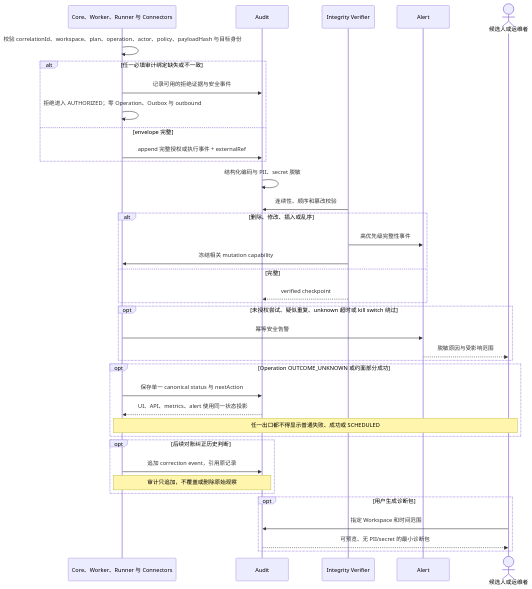
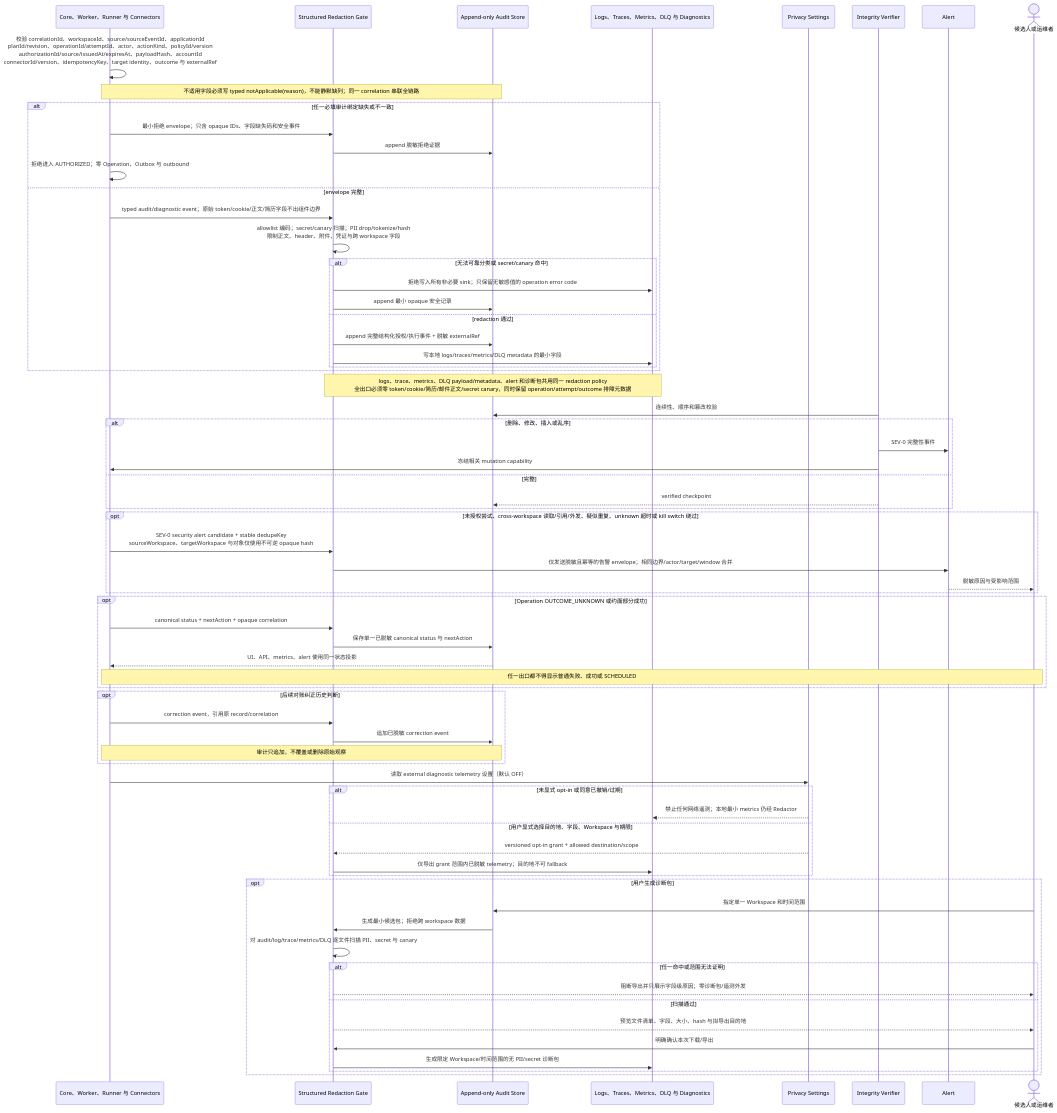
One commit to AnnCYW-cm/rolefox changed diagram 22 of 24 in docs/product/uml/05-sequence-flows.md. Above: the diagram before and after it, drawn with Mermaid. The commit also changed other lines of this file and 22 other files, not shown here.

Commit message:
docs: accept v0.1 product and UML baseline

````diff
--- a/docs/product/uml/05-sequence-flows.md
+++ b/docs/product/uml/05-sequence-flows.md
@@ -1249,50 +2028,84 @@
 ```mermaid
 sequenceDiagram
     participant Components as Core、Worker、Runner 与 Connectors
-    participant Audit
+    participant Redactor as Structured Redaction Gate
+    participant Audit as Append-only Audit Store
+    participant Telemetry as Logs、Traces、Metrics、DLQ 与 Diagnostics
+    participant Consent as Privacy Settings
     participant Integrity as Integrity Verifier
     participant Alert
     actor User as 候选人或运维者
 
     %% @anchor AUDIT_COMPLETENESS_GATE
-    Components->>Components: 校验 correlationId、workspace、plan、operation、actor、policy、payloadHash 与目标身份
+    %% @anchor AUDIT_EXECUTION_ENVELOPE
+    Components->>Components: 校验 correlationId、workspaceId、source/sourceEventId、applicationId<br/>planId/revision、operationId/attemptId、actor、actionKind、policyId/version<br/>authorizationId/source/issuedAt/expiresAt、payloadHash、accountId<br/>connectorId/version、idempotencyKey、target identity、outcome 与 externalRef
+    Note over Components,Audit: 不适用字段必须写 typed notApplicable(reason)，不能静默缺列；同一 correlation 串联全链路
     alt 任一必填审计绑定缺失或不一致
-        Components->>Audit: 记录可用的拒绝证据与安全事件
+        Components->>Redactor: 最小拒绝 envelope；只含 opaque IDs、字段缺失码和安全事件
+        Redactor->>Audit: append 脱敏拒绝证据
         Components->>Components: 拒绝进入 AUTHORIZED；零 Operation、Outbox 与 outbound
     else envelope 完整
         %% @anchor AUDIT_INTEGRITY
         %% @anchor AUDIT_CORRELATION
-        Components->>Audit: append 完整授权或执行事件 + externalRef
+        Components->>Redactor: typed audit/diagnostic event；原始 token/cookie/正文/简历字段不出组件边界
+        %% @anchor OBSERVABILITY_REDACTION
+        Redactor->>Redactor: allowlist 编码；secret/canary 扫描；PII drop/tokenize/hash<br/>限制正文、header、附件、凭证与跨 workspace 字段
+        alt 无法可靠分类或 secret/canary 命中
+            Redactor->>Telemetry: 拒绝写入所有非必要 sink；只保留无敏感值的 operation error code
+            Redactor->>Audit: append 最小 opaque 安全记录
+        else redaction 通过
+            Redactor->>Audit: append 完整结构化授权/执行事件 + 脱敏 externalRef
+            Redactor->>Telemetry: 写本地 logs/traces/metrics/DLQ metadata 的最小字段
+        end
     end
-    %% @anchor OBSERVABILITY_REDACTION
-    Audit->>Audit: 结构化编码与 PII、secret 脱敏
+    Note over Redactor,Telemetry: logs、trace、metrics、DLQ payload/metadata、alert 和诊断包共用同一 redaction policy<br/>全出口必须零 token/cookie/简历/邮件正文/secret canary，同时保留 operation/attempt/outcome 排障元数据
     %% @anchor AUDIT_TAMPER_FREEZE
     Integrity->>Audit: 连续性、顺序和篡改校验
     alt 删除、修改、插入或乱序
-        Integrity->>Alert: 高优先级完整性事件
+        Integrity->>Alert: SEV-0 完整性事件
         Integrity->>Components: 冻结相关 mutation capability
     else 完整
         Integrity-->>Audit: verified checkpoint
     end
-    opt 未授权尝试、疑似重复、unknown 超时或 kill switch 绕过
+    opt 未授权尝试、cross-workspace 读取/引用/外发、疑似重复、unknown 超时或 kill switch 绕过
         %% @anchor SECURITY_ALERT_DEDUP
-        Components->>Alert: 幂等安全告警
+        Components->>Redactor: SEV-0 security alert candidate + stable dedupeKey<br/>sourceWorkspace、targetWorkspace 与对象仅使用不可逆 opaque hash
+        Redactor->>Alert: 仅发送脱敏且幂等的告警 envelope；相同边界/actor/target/window 合并
         Alert-->>User: 脱敏原因与受影响范围
     end
     opt Operation OUTCOME_UNKNOWN 或约面部分成功
         %% @anchor UNKNOWN_STATUS_PROJECTION
-        Components->>Audit: 保存单一 canonical status 与 nextAction
+        Components->>Redactor: canonical status + nextAction + opaque correlation
+        Redactor->>Audit: 保存单一已脱敏 canonical status 与 nextAction
         Audit-->>Components: UI、API、metrics、alert 使用同一状态投影
         Note over Components,User: 任一出口都不得显示普通失败、成功或 SCHEDULED
     end
     opt 后续对账纠正历史判断
         %% @anchor AUDIT_APPEND_CORRECTION
-        Components->>Audit: 追加 correction event，引用原记录
+        Components->>Redactor: correction event，引用原 record/correlation
+        Redactor->>Audit: 追加已脱敏 correction event
         Note over Components,Audit: 审计只追加，不覆盖或删除原始观察
+    end
+
+    %% @anchor TELEMETRY_EXPLICIT_OPT_IN
+    Components->>Consent: 读取 external diagnostic telemetry 设置（默认 OFF）
+    alt 未显式 opt-in 或同意已撤销/过期
+        Consent-->>Telemetry: 禁止任何网络遥测；本地最小 metrics 仍经 Redactor
+    else 用户显式选择目的地、字段、Workspace 与期限
+        Consent-->>Redactor: versioned opt-in grant + allowed destination/scope
+        Redactor->>Telemetry: 仅导出 grant 范围内已脱敏 telemetry；目的地不可 fallback
     end
     opt 用户生成诊断包
         %% @anchor DIAGNOSTIC_EXPORT_CONSENT
-        User->>Audit: 指定 Workspace 和时间范围
-        Audit-->>User: 可预览、无 PII/secret 的最小诊断包
+        User->>Audit: 指定单一 Workspace 和时间范围
+        Audit->>Redactor: 生成最小候选包；拒绝跨 workspace 数据
+        Redactor->>Redactor: 对 audit/log/trace/metrics/DLQ 逐文件扫描 PII、secret 与 canary
+        alt 任一命中或范围无法证明
+            Redactor-->>User: 阻断导出并只展示字段级原因；零诊断包/遥测外发
+        else 扫描通过
+            Redactor-->>User: 预览文件清单、字段、大小、hash 与拟导出目的地
+            User->>Redactor: 明确确认本次下载/导出
+            Redactor->>Telemetry: 生成限定 Workspace/时间范围的无 PII/secret 诊断包
+        end
     end
 ```
````
